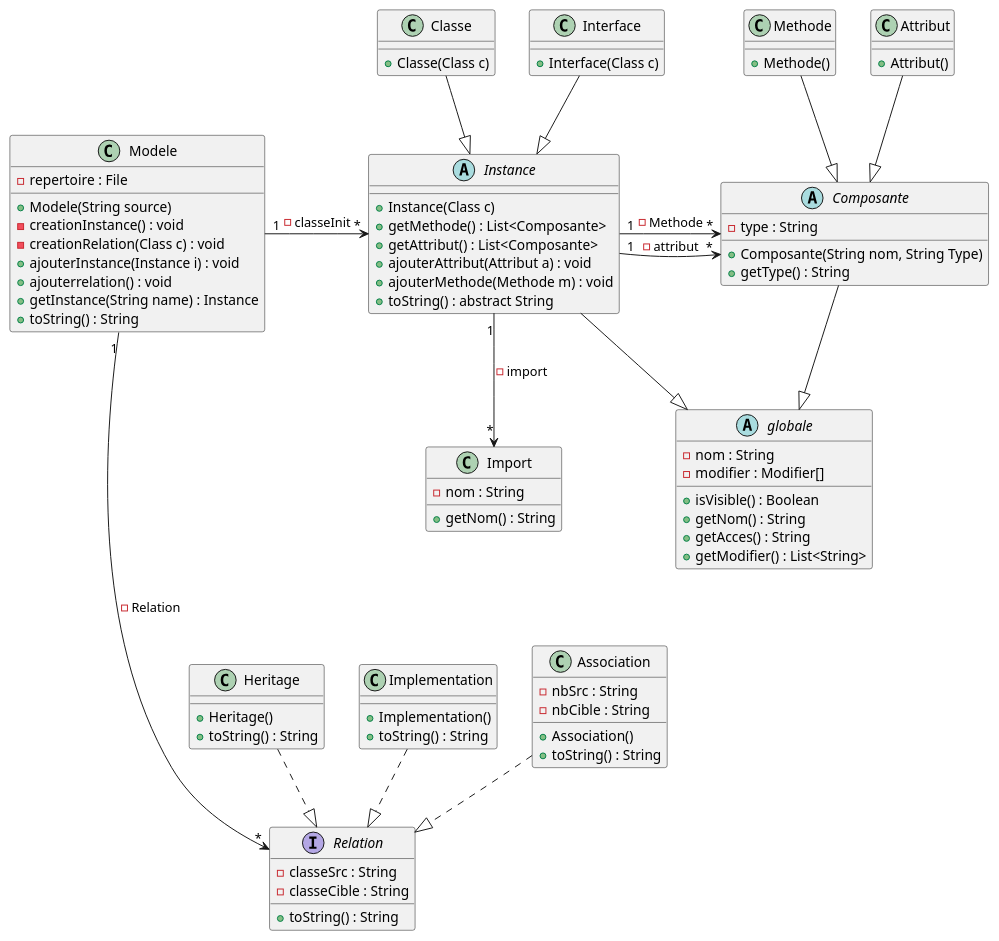
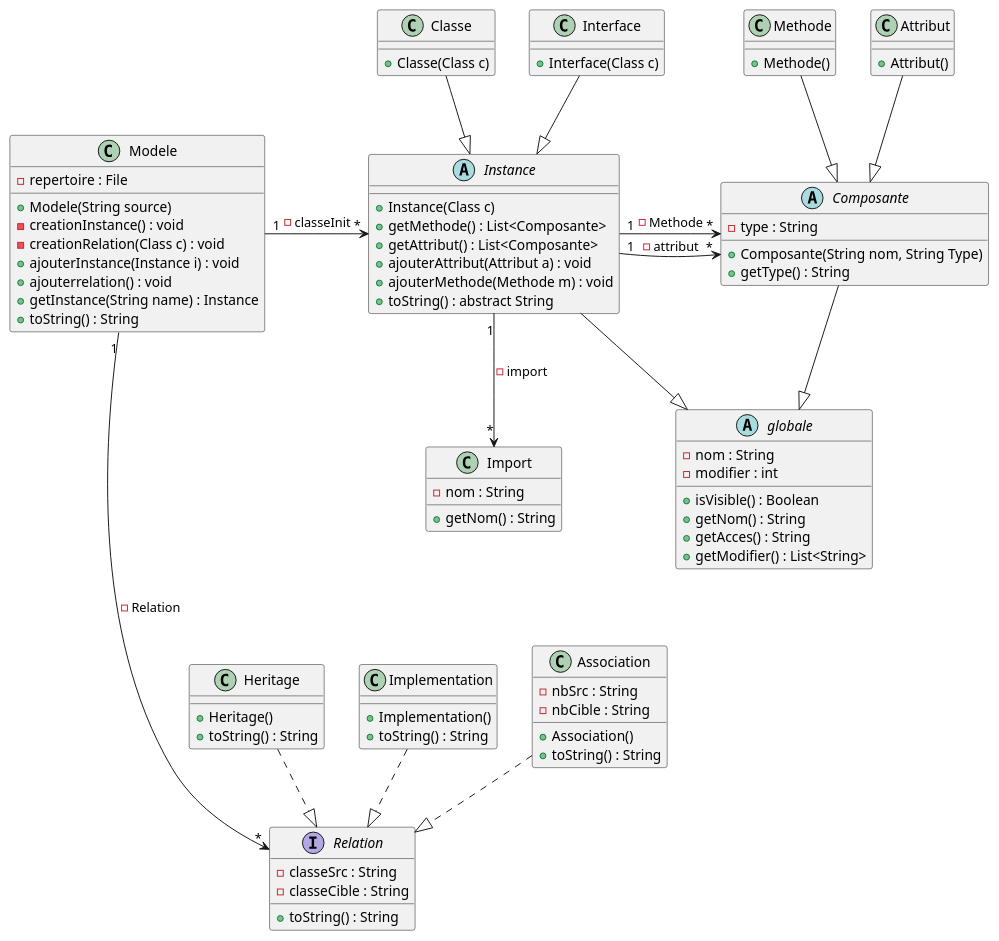
One commit to Cedran-Bastien/GENERATION-AUTOMATIQUE-DE-DIAGRAMME-DE-CLASSES changed the diagram in demo/Conception/Sprint_1/Class.puml. Above: the diagram before and after it, drawn with PlantUML. The commit also changed 3 other files, not shown here.

```diff
--- a/demo/Conception/Sprint_1/Class.puml
+++ b/demo/Conception/Sprint_1/Class.puml
@@ -1,100 +1,100 @@
 @startuml
 'https://plantuml.com/sequence-diagram
 
 abstract Instance{
     +Instance(Class c)
     +getMethode() : List<Composante>
     +getAttribut() : List<Composante>
     +ajouterAttribut(Attribut a) : void
     +ajouterMethode(Methode m) : void
     +toString() : abstract String
 }
 
 class Classe{
     +Classe(Class c)
 }
 
 class Interface{
     +Interface(Class c)
 }
 
 abstract Composante{
     -type : String
     +Composante(String nom, String Type)
     +getType() : String
 
 }
 
 class Methode{
     +Methode()
 }
 
 class Attribut{
     +Attribut()
 }
 
 class Import{
     -nom : String
     +getNom() : String
 }
 
 class Modele{
     -repertoire : File
     +Modele(String source)
     -creationInstance() : void
     -creationRelation(Class c) : void
     +ajouterInstance(Instance i) : void
     +ajouterrelation() : void
     +getInstance(String name) : Instance
     +toString() : String
 }
 
 interface Relation{
     -classeSrc : String
     -classeCible : String
     +toString() : String
 }
 
 class Heritage{
     +Heritage()
     +toString() : String
 }
 
 class Implementation{
     +Implementation()
     +toString() : String
 }
 
 class Association {
     -nbSrc : String
     -nbCible : String
     +Association()
     +toString() : String
 }
 
 abstract globale{
     -nom : String
-    -modifier : Modifier[]
+    -modifier : int
     +isVisible() : Boolean
     +getNom() : String
     +getAcces() : String
     +getModifier() : List<String>
 }
 
 
 Instance--|>globale
 Composante--|>globale
 Modele "1" -> "*" Instance  : -classeInit
 Instance "1" -> "*" Composante : -attribut
 Instance "1" -> "*" Composante : -Methode
 Instance "1" --> "*" Import : -import
 Classe --|> Instance
 Interface --|> Instance
 Methode --|> Composante
 Attribut --|> Composante
 Modele "1" ----> "*"  Relation : -Relation
 Association ..|> Relation
 Heritage ..|> Relation
 Implementation ..|> Relation
 
 @enduml
```
